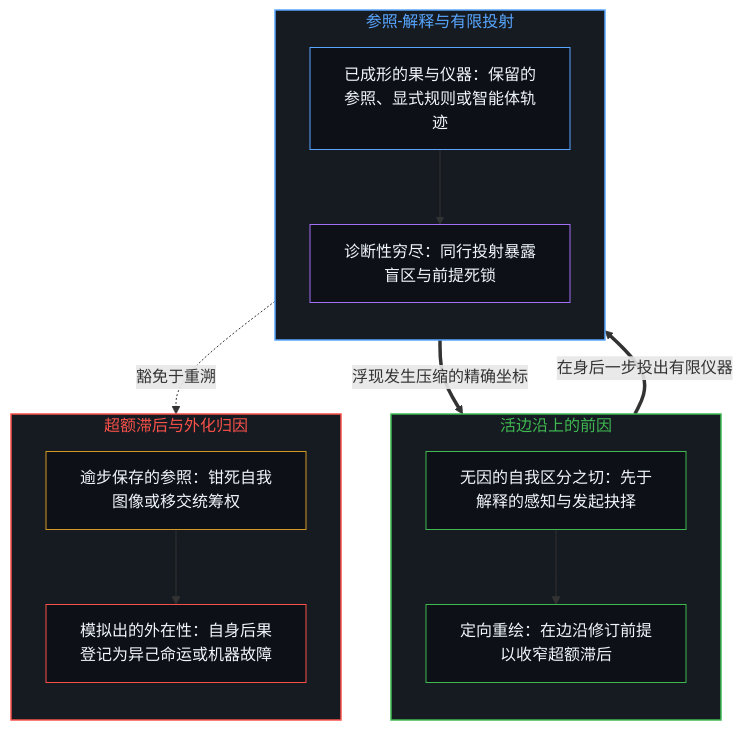
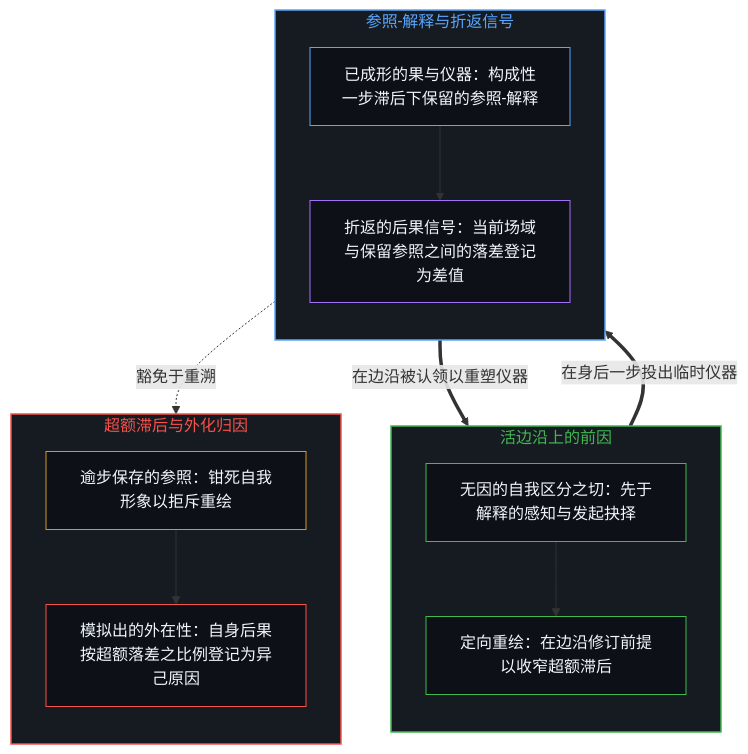
Before and after one commit to powerpig99/not-a-toe: the first of 2 diagrams in content/posts/qian-yin-hou-guo.md, drawn with Mermaid. The commit also changed other lines of this file and 13 other files, not shown here.

````diff
--- a/content/posts/qian-yin-hou-guo.md
+++ b/content/posts/qian-yin-hou-guo.md
@@ -41,33 +41,33 @@
 ```mermaid
 flowchart TD
     subgraph S_Edge["活边沿上的前因"]
         direction TB
         Act["无因的自我区分之切：先于解释的感知与发起抉择"]
         ReRender["定向重绘：在边沿修订前提以收窄超额滞后"]
         Act --> ReRender
     end
-    subgraph S_Inst["参照-解释与有限投射"]
+    subgraph S_Inst["参照-解释与折返信号"]
         direction TB
-        Proj["已成形的果与仪器：保留的参照、显式规则或智能体轨迹"]
-        Peer["诊断性穷尽：同行投射暴露盲区与前提死锁"]
-        Proj --> Peer
+        Proj["已成形的果与仪器：构成性一步滞后下保留的参照-解释"]
+        Return["折返的后果信号：当前场域与保留参照之间的落差登记为差值"]
+        Proj --> Return
     end
     subgraph S_Lag["超额滞后与外化归因"]
         direction TB
-        Freeze["逾步保存的参照：钳死自我图像或移交统筹权"]
-        Alien["模拟出的外在性：自身后果登记为异己命运或机器故障"]
+        Freeze["逾步保存的参照：钳死自我形象以拒斥重绘"]
+        Alien["模拟出的外在性：自身后果按超额落差之比例登记为异己原因"]
         Freeze --> Alien
     end
-    ReRender ==>|"在身后一步投出有限仪器"| Proj
-    Peer ==>|"浮现发生压缩的精确坐标"| ReRender
+    ReRender ==>|"在身后一步投出临时仪器"| Proj
+    Return ==>|"在边沿被认领以重塑仪器"| ReRender
     Proj -.->|"豁免于重溯"| Freeze
     style S_Edge fill:#161b22,stroke:#3fb950,stroke-width:1.5px,color:#3fb950
     style S_Inst fill:#161b22,stroke:#58a6ff,stroke-width:1.5px,color:#58a6ff
     style S_Lag fill:#161b22,stroke:#f85149,stroke-width:1.5px,color:#f85149
     style Act fill:#0d1117,stroke:#3fb950,stroke-width:1px,color:#f0f6fc
     style ReRender fill:#0d1117,stroke:#3fb950,stroke-width:1px,color:#f0f6fc
     style Proj fill:#0d1117,stroke:#58a6ff,stroke-width:1px,color:#f0f6fc
-    style Peer fill:#0d1117,stroke:#a371f7,stroke-width:1px,color:#f0f6fc
+    style Return fill:#0d1117,stroke:#a371f7,stroke-width:1px,color:#f0f6fc
     style Freeze fill:#0d1117,stroke:#d29922,stroke-width:1px,color:#f0f6fc
     style Alien fill:#0d1117,stroke:#f85149,stroke-width:1px,color:#f0f6fc
 ```
````
